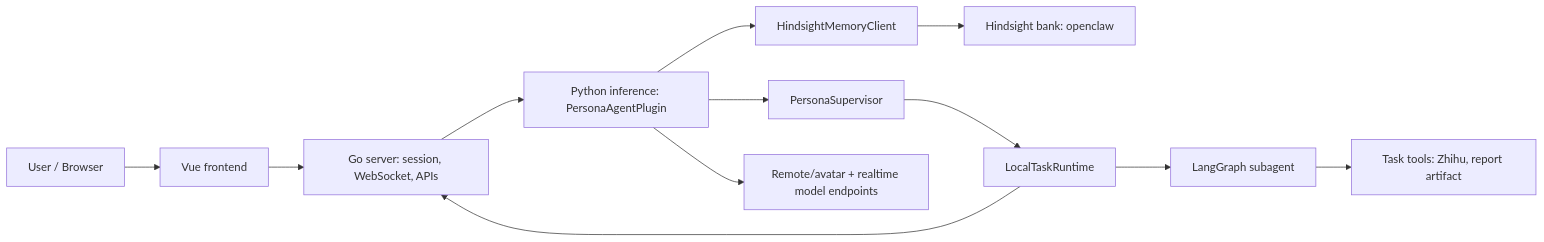
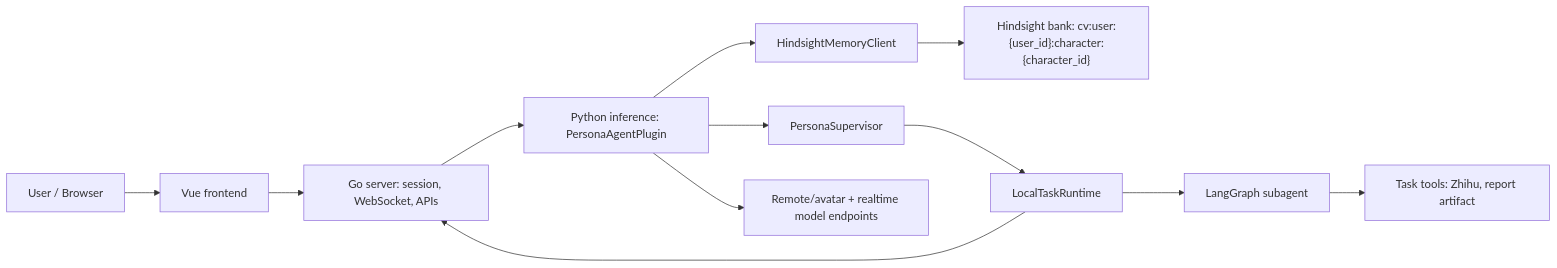
The first of 2 diagrams in docs/zh-CN/features/2026-05-11-langgraph-agent-development-plan.md (dsd2077/CyberVerse), drawn with Mermaid before and after one commit. The commit also changed other lines of this file and 15 other files, not shown here.

````diff
--- a/docs/zh-CN/features/2026-05-11-langgraph-agent-development-plan.md
+++ b/docs/zh-CN/features/2026-05-11-langgraph-agent-development-plan.md
@@ -16,14 +16,14 @@
 ```mermaid
 flowchart LR
   U["User / Browser"] --> F["Vue frontend"]
   F --> G["Go server: session, WebSocket, APIs"]
   G --> P["Python inference: PersonaAgentPlugin"]
   P --> M["HindsightMemoryClient"]
-  M --> H["Hindsight bank: openclaw"]
+  M --> H["Hindsight bank: cv:user:{user_id}:character:{character_id}"]
   P --> S["PersonaSupervisor"]
   S --> R["LocalTaskRuntime"]
   R --> L["LangGraph subagent"]
   L --> T["Task tools: Zhihu, report artifact"]
   P --> A["Remote/avatar + realtime model endpoints"]
   R --> G
 ```
````
